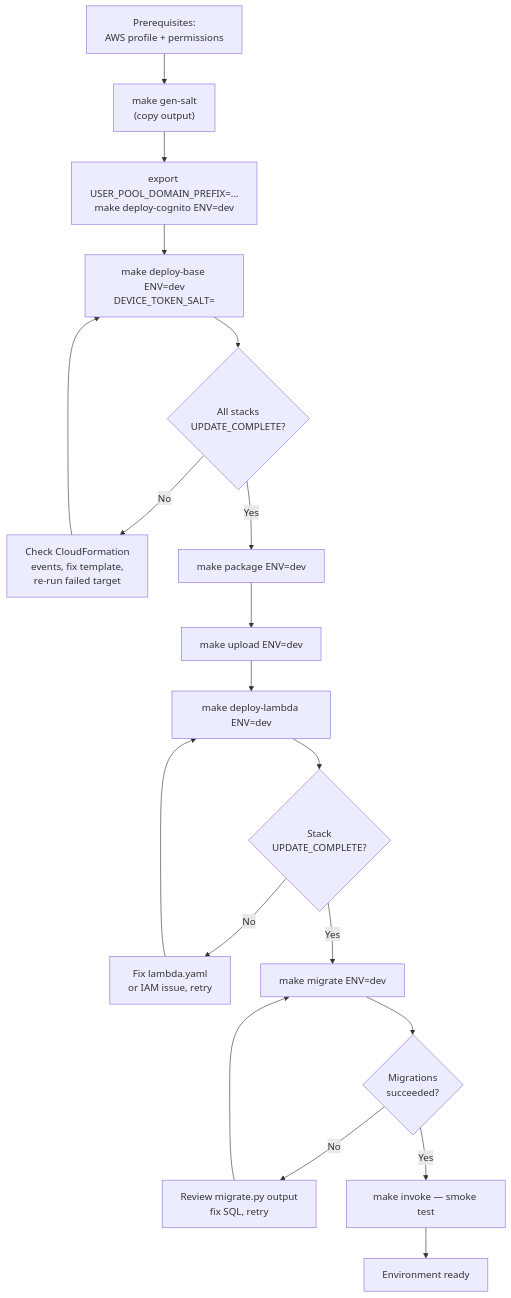
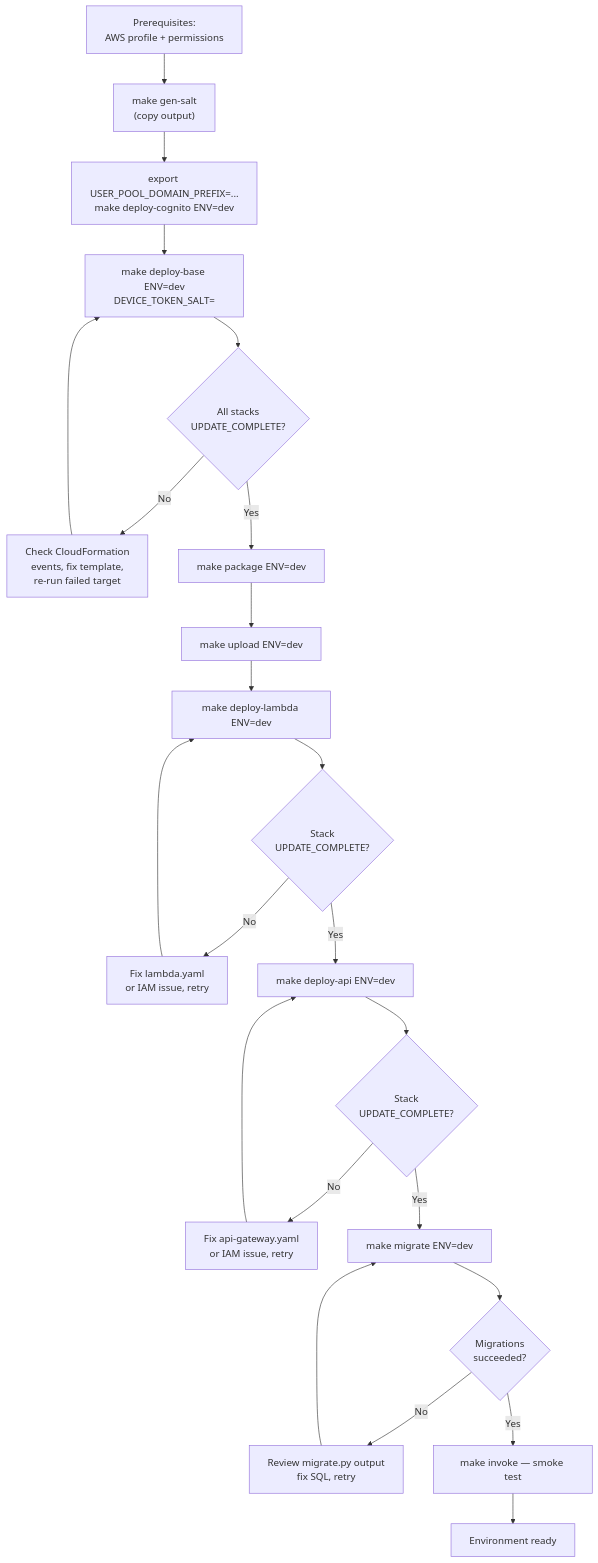
One commit to vrwmiller/outdoorsportsclub changed the diagram in docs/runbooks/first-deploy.md. Above: the diagram before and after it, drawn with Mermaid. The commit also changed other lines of this file, not shown here.

First line of the commit message:
docs(runbooks): add deploy-api step to first-deploy runbook

````diff
--- a/docs/runbooks/first-deploy.md
+++ b/docs/runbooks/first-deploy.md
@@ -11,21 +11,25 @@
 ```mermaid
 flowchart TD
     A[Prerequisites:\nAWS profile + permissions] --> B["make gen-salt\n(copy output)"]
     B --> BC["export USER_POOL_DOMAIN_PREFIX=...\nmake deploy-cognito ENV=dev"]
     BC --> C["make deploy-base ENV=dev\nDEVICE_TOKEN_SALT=<salt>"]
     C --> D{All stacks\nUPDATE_COMPLETE?}
     D -- No --> E[Check CloudFormation\nevents, fix template,\nre-run failed target]
     E --> C
     D -- Yes --> F["make package ENV=dev"]
     F --> G["make upload ENV=dev"]
     G --> H["make deploy-lambda ENV=dev"]
     H --> I{Stack\nUPDATE_COMPLETE?}
     I -- No --> J[Fix lambda.yaml\nor IAM issue, retry]
     J --> H
-    I -- Yes --> K["make migrate ENV=dev"]
+    I -- Yes --> K2["make deploy-api ENV=dev"]
+    K2 --> K3{Stack\nUPDATE_COMPLETE?}
+    K3 -- No --> K4[Fix api-gateway.yaml\nor IAM issue, retry]
+    K4 --> K2
+    K3 -- Yes --> K["make migrate ENV=dev"]
     K --> L{Migrations\nsucceeded?}
     L -- No --> M[Review migrate.py output\nfix SQL, retry]
     M --> K
     L -- Yes --> N["make invoke — smoke test"]
     N --> O[Environment ready]
 ```
````
